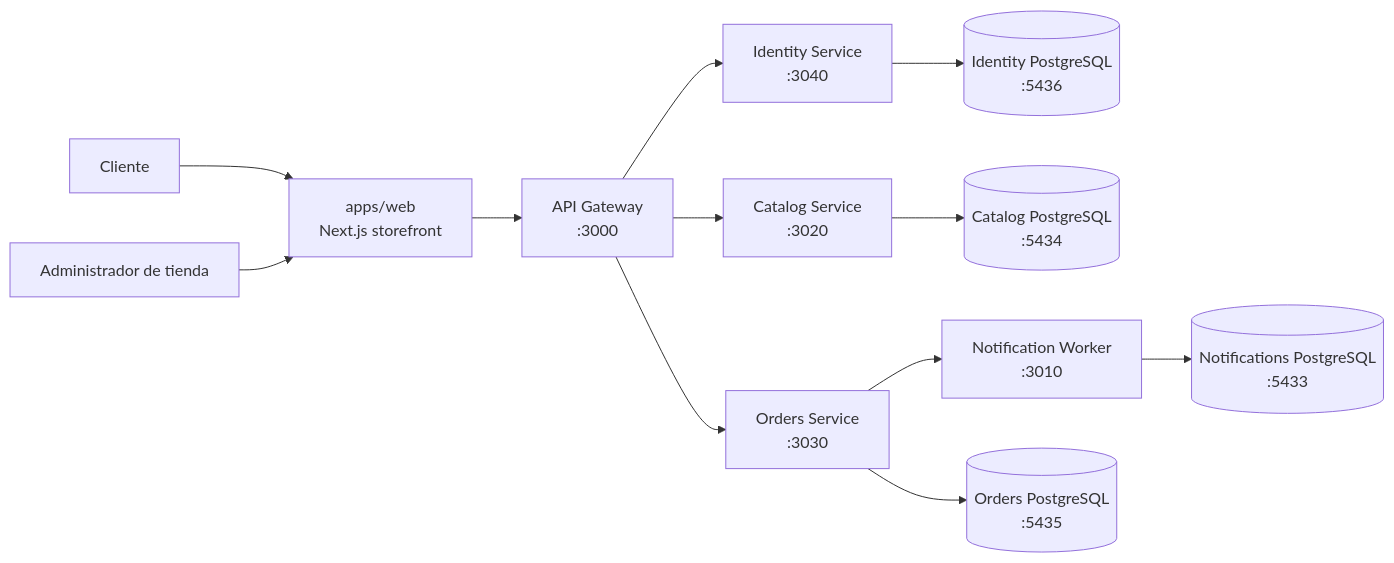
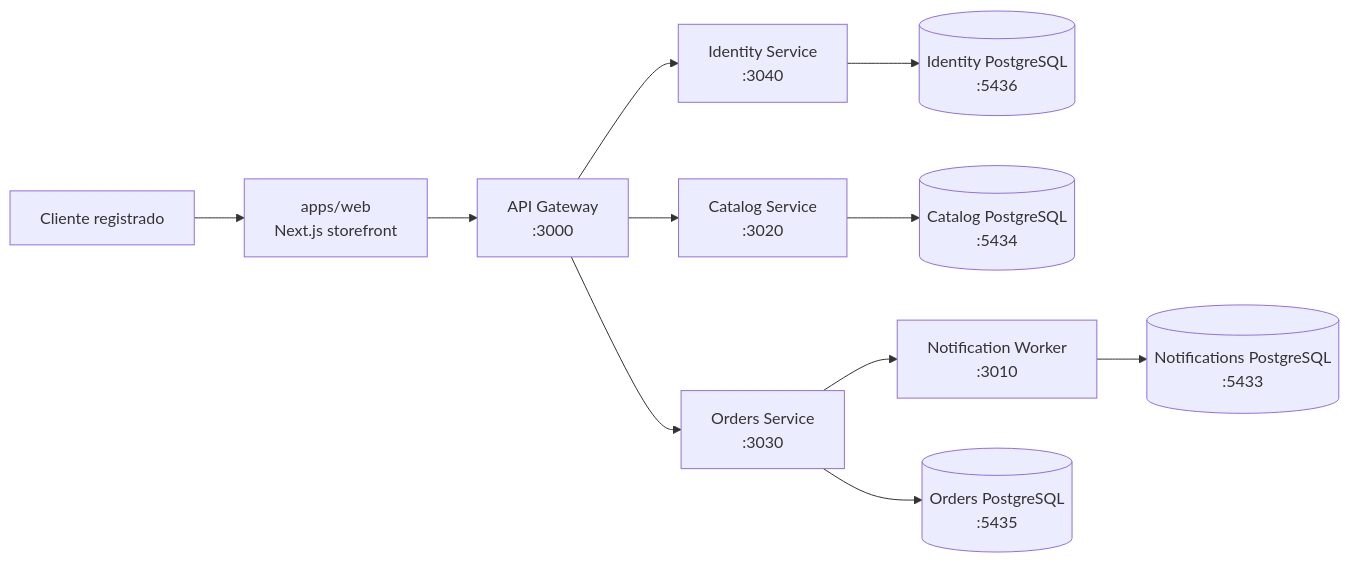
The first of 10 diagrams in docs/wiki/architecture-overview.md (HectorARiascosI/mileshop-platform), drawn with Mermaid before and after one commit. The commit also changed other lines of this file and 89 other files, not shown here.

````diff
--- a/docs/wiki/architecture-overview.md
+++ b/docs/wiki/architecture-overview.md
@@ -22,14 +22,13 @@
 ```mermaid
 flowchart LR
-    Customer[Cliente] --> Web[apps/web\nNext.js storefront]
-    StoreAdmin[Administrador de tienda] --> Web
+    Customer[Cliente registrado] --> Web[apps/web\nNext.js storefront]
     Web --> Gateway[API Gateway\n:3000]
     Gateway --> Identity[Identity Service\n:3040]
     Gateway --> Catalog[Catalog Service\n:3020]
     Gateway --> Orders[Orders Service\n:3030]
     Orders --> Worker[Notification Worker\n:3010]
     Identity --> IdentityDb[(Identity PostgreSQL\n:5436)]
     Catalog --> CatalogDb[(Catalog PostgreSQL\n:5434)]
     Orders --> OrdersDb[(Orders PostgreSQL\n:5435)]
     Worker --> NotificationDb[(Notifications PostgreSQL\n:5433)]
 ```
````
